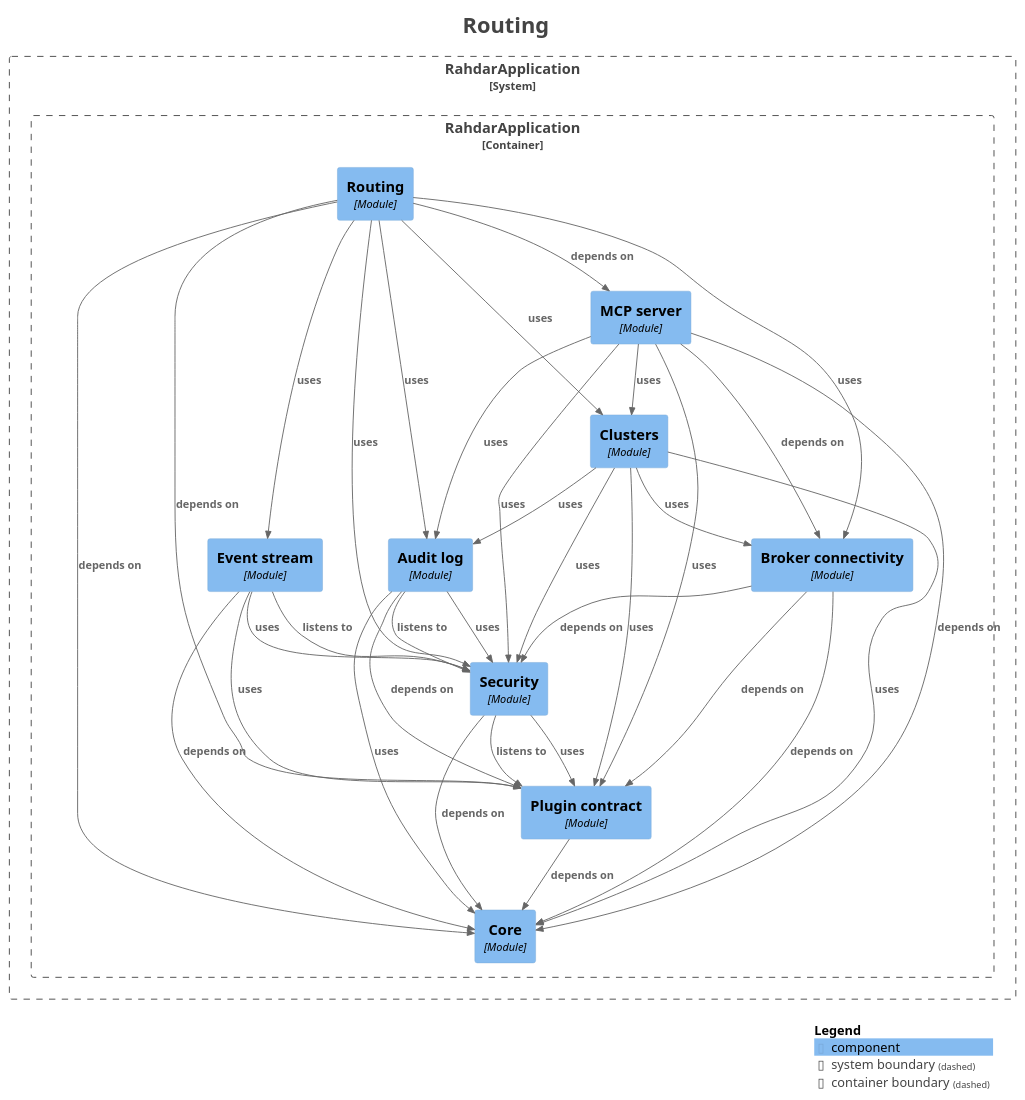
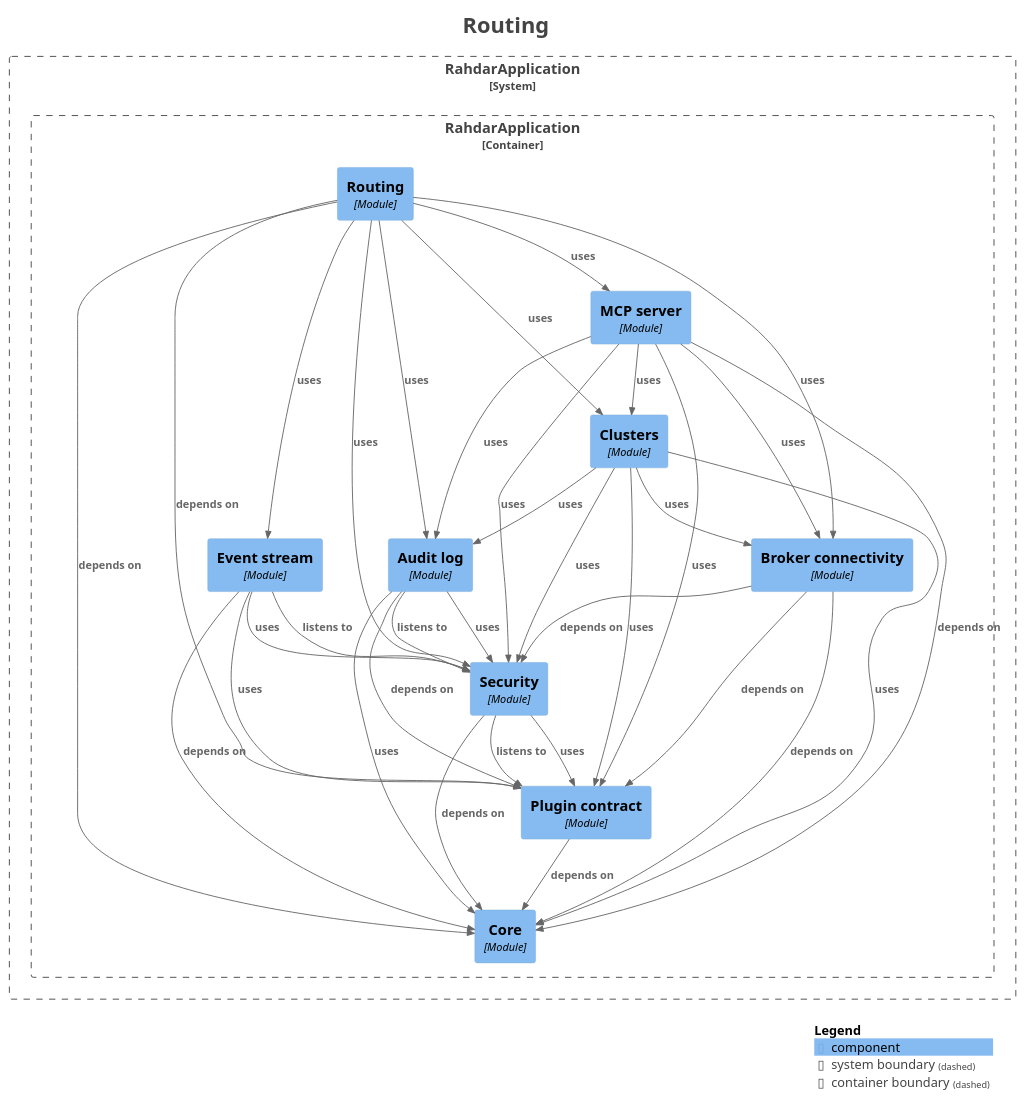
One commit to sudoitir/rahdar changed the diagram in docs/modules/module-feature.routing.puml. Above: the diagram before and after it, drawn with PlantUML. The commit also changed 76 other files, not shown here.

```diff
--- a/docs/modules/module-feature.routing.puml
+++ b/docs/modules/module-feature.routing.puml
@@ -1,70 +1,70 @@
 @startuml
 title <size:24>Routing</size>
 
 set separator none
 top to bottom direction
 
 <style>
   root {
     BackgroundColor: #ffffff
     FontColor: #444444
   }
 </style>
 
 !include <C4/C4>
 !include <C4/C4_Context>
 !include <C4/C4_Component>
 
 System_Boundary("RahdarApplication_boundary", "RahdarApplication", $tags="") {
   Container_Boundary("RahdarApplication.RahdarApplication_boundary", "RahdarApplication", $tags="") {
     Component(RahdarApplication.RahdarApplication.Auditlog, "Audit log", $techn="Module", $descr="", $tags="", $link="")
     Component(RahdarApplication.RahdarApplication.Brokerconnectivity, "Broker connectivity", $techn="Module", $descr="", $tags="", $link="")
     Component(RahdarApplication.RahdarApplication.Clusters, "Clusters", $techn="Module", $descr="", $tags="", $link="")
     Component(RahdarApplication.RahdarApplication.Core, "Core", $techn="Module", $descr="", $tags="", $link="")
     Component(RahdarApplication.RahdarApplication.Eventstream, "Event stream", $techn="Module", $descr="", $tags="", $link="")
     Component(RahdarApplication.RahdarApplication.MCPserver, "MCP server", $techn="Module", $descr="", $tags="", $link="")
     Component(RahdarApplication.RahdarApplication.Plugincontract, "Plugin contract", $techn="Module", $descr="", $tags="", $link="")
     Component(RahdarApplication.RahdarApplication.Routing, "Routing", $techn="Module", $descr="", $tags="", $link="")
     Component(RahdarApplication.RahdarApplication.Security, "Security", $techn="Module", $descr="", $tags="", $link="")
   }
 
 }
 
 Rel(RahdarApplication.RahdarApplication.Auditlog, RahdarApplication.RahdarApplication.Core, "uses", $techn="", $tags="", $link="")
 Rel(RahdarApplication.RahdarApplication.Auditlog, RahdarApplication.RahdarApplication.Plugincontract, "depends on", $techn="", $tags="", $link="")
 Rel(RahdarApplication.RahdarApplication.Auditlog, RahdarApplication.RahdarApplication.Security, "listens to", $techn="", $tags="", $link="")
 Rel(RahdarApplication.RahdarApplication.Auditlog, RahdarApplication.RahdarApplication.Security, "uses", $techn="", $tags="", $link="")
 Rel(RahdarApplication.RahdarApplication.Brokerconnectivity, RahdarApplication.RahdarApplication.Core, "depends on", $techn="", $tags="", $link="")
 Rel(RahdarApplication.RahdarApplication.Brokerconnectivity, RahdarApplication.RahdarApplication.Plugincontract, "depends on", $techn="", $tags="", $link="")
 Rel(RahdarApplication.RahdarApplication.Brokerconnectivity, RahdarApplication.RahdarApplication.Security, "depends on", $techn="", $tags="", $link="")
 Rel(RahdarApplication.RahdarApplication.Clusters, RahdarApplication.RahdarApplication.Auditlog, "uses", $techn="", $tags="", $link="")
 Rel(RahdarApplication.RahdarApplication.Clusters, RahdarApplication.RahdarApplication.Brokerconnectivity, "uses", $techn="", $tags="", $link="")
 Rel(RahdarApplication.RahdarApplication.Clusters, RahdarApplication.RahdarApplication.Core, "uses", $techn="", $tags="", $link="")
 Rel(RahdarApplication.RahdarApplication.Clusters, RahdarApplication.RahdarApplication.Plugincontract, "uses", $techn="", $tags="", $link="")
 Rel(RahdarApplication.RahdarApplication.Clusters, RahdarApplication.RahdarApplication.Security, "uses", $techn="", $tags="", $link="")
 Rel(RahdarApplication.RahdarApplication.Eventstream, RahdarApplication.RahdarApplication.Core, "depends on", $techn="", $tags="", $link="")
 Rel(RahdarApplication.RahdarApplication.Eventstream, RahdarApplication.RahdarApplication.Plugincontract, "uses", $techn="", $tags="", $link="")
 Rel(RahdarApplication.RahdarApplication.Eventstream, RahdarApplication.RahdarApplication.Security, "listens to", $techn="", $tags="", $link="")
 Rel(RahdarApplication.RahdarApplication.Eventstream, RahdarApplication.RahdarApplication.Security, "uses", $techn="", $tags="", $link="")
 Rel(RahdarApplication.RahdarApplication.MCPserver, RahdarApplication.RahdarApplication.Auditlog, "uses", $techn="", $tags="", $link="")
-Rel(RahdarApplication.RahdarApplication.MCPserver, RahdarApplication.RahdarApplication.Brokerconnectivity, "depends on", $techn="", $tags="", $link="")
+Rel(RahdarApplication.RahdarApplication.MCPserver, RahdarApplication.RahdarApplication.Brokerconnectivity, "uses", $techn="", $tags="", $link="")
 Rel(RahdarApplication.RahdarApplication.MCPserver, RahdarApplication.RahdarApplication.Clusters, "uses", $techn="", $tags="", $link="")
 Rel(RahdarApplication.RahdarApplication.MCPserver, RahdarApplication.RahdarApplication.Core, "depends on", $techn="", $tags="", $link="")
 Rel(RahdarApplication.RahdarApplication.MCPserver, RahdarApplication.RahdarApplication.Plugincontract, "uses", $techn="", $tags="", $link="")
 Rel(RahdarApplication.RahdarApplication.MCPserver, RahdarApplication.RahdarApplication.Security, "uses", $techn="", $tags="", $link="")
 Rel(RahdarApplication.RahdarApplication.Plugincontract, RahdarApplication.RahdarApplication.Core, "depends on", $techn="", $tags="", $link="")
 Rel(RahdarApplication.RahdarApplication.Routing, RahdarApplication.RahdarApplication.Auditlog, "uses", $techn="", $tags="", $link="")
 Rel(RahdarApplication.RahdarApplication.Routing, RahdarApplication.RahdarApplication.Brokerconnectivity, "uses", $techn="", $tags="", $link="")
 Rel(RahdarApplication.RahdarApplication.Routing, RahdarApplication.RahdarApplication.Clusters, "uses", $techn="", $tags="", $link="")
 Rel(RahdarApplication.RahdarApplication.Routing, RahdarApplication.RahdarApplication.Core, "depends on", $techn="", $tags="", $link="")
 Rel(RahdarApplication.RahdarApplication.Routing, RahdarApplication.RahdarApplication.Eventstream, "uses", $techn="", $tags="", $link="")
-Rel(RahdarApplication.RahdarApplication.Routing, RahdarApplication.RahdarApplication.MCPserver, "depends on", $techn="", $tags="", $link="")
+Rel(RahdarApplication.RahdarApplication.Routing, RahdarApplication.RahdarApplication.MCPserver, "uses", $techn="", $tags="", $link="")
 Rel(RahdarApplication.RahdarApplication.Routing, RahdarApplication.RahdarApplication.Plugincontract, "depends on", $techn="", $tags="", $link="")
 Rel(RahdarApplication.RahdarApplication.Routing, RahdarApplication.RahdarApplication.Security, "uses", $techn="", $tags="", $link="")
 Rel(RahdarApplication.RahdarApplication.Security, RahdarApplication.RahdarApplication.Core, "depends on", $techn="", $tags="", $link="")
 Rel(RahdarApplication.RahdarApplication.Security, RahdarApplication.RahdarApplication.Plugincontract, "listens to", $techn="", $tags="", $link="")
 Rel(RahdarApplication.RahdarApplication.Security, RahdarApplication.RahdarApplication.Plugincontract, "uses", $techn="", $tags="", $link="")
 
 SHOW_LEGEND(true)
 hide stereotypes
 @enduml
```
